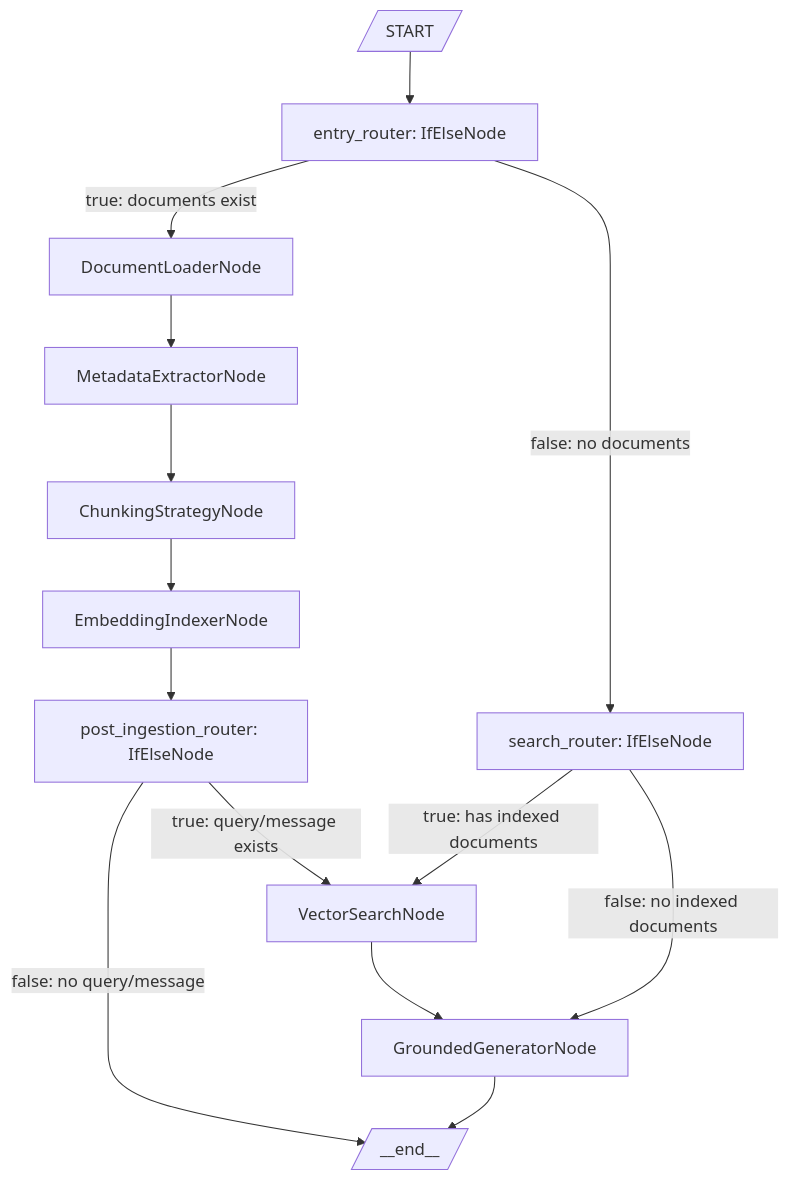
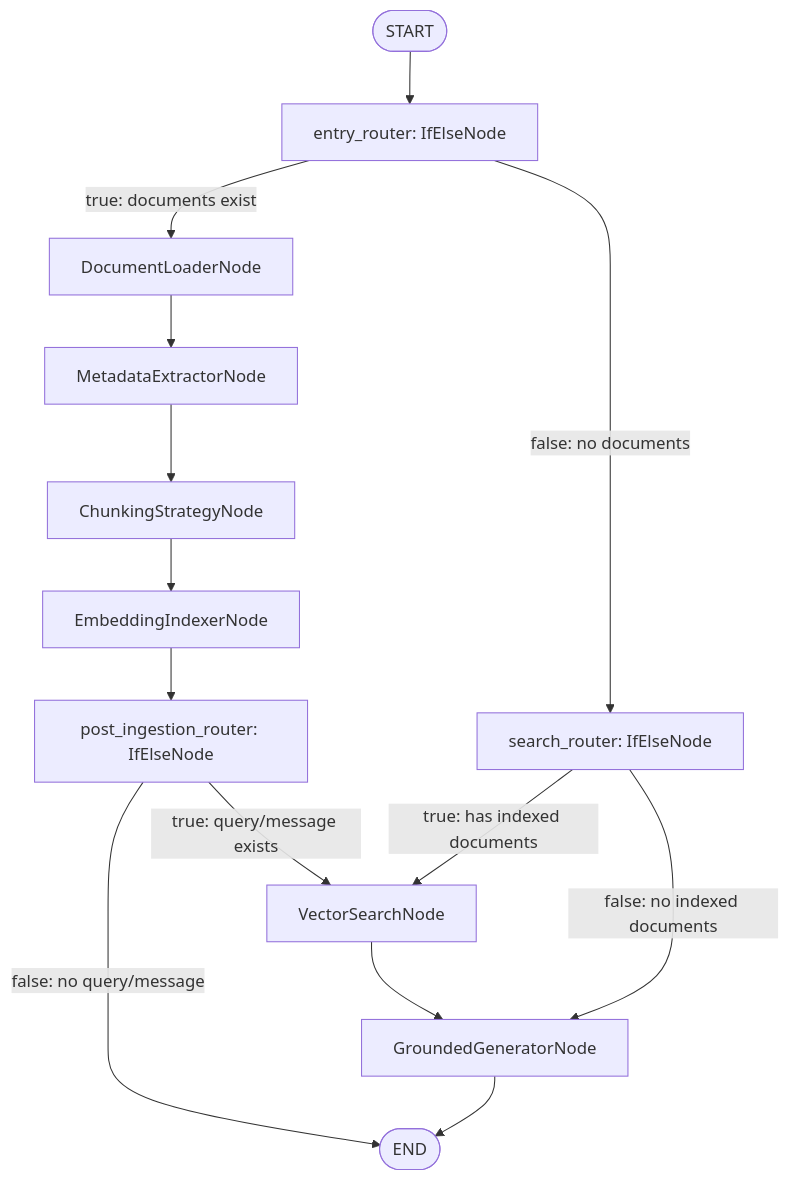
Before and after one commit to ShaojieJiang/orcheo: the first of 5 diagrams in docs/conversational_search/demo_design.md, drawn with Mermaid. The commit also changed 3 other files, not shown here.

````diff
--- a/docs/conversational_search/demo_design.md
+++ b/docs/conversational_search/demo_design.md
@@ -35,22 +35,22 @@
 ```mermaid
 graph TD
-    Start[/START/] --> EntryRouter[entry_router: IfElseNode]
+    Start([START]) --> EntryRouter[entry_router: IfElseNode]
 
     EntryRouter -->|true: documents exist| Loader[DocumentLoaderNode]
     EntryRouter -->|false: no documents| SearchRouter[search_router: IfElseNode]
 
     Loader --> Metadata[MetadataExtractorNode]
     Metadata --> Chunking[ChunkingStrategyNode]
     Chunking --> Indexer[EmbeddingIndexerNode]
 
     Indexer --> PostRouter[post_ingestion_router: IfElseNode]
     PostRouter -->|true: query/message exists| Search[VectorSearchNode]
-    PostRouter -->|false: no query/message| End[/__end__/]
+    PostRouter -->|false: no query/message| End([END])
 
     Search --> Generator[GroundedGeneratorNode]
 
     SearchRouter -->|true: has indexed documents| Search
     SearchRouter -->|false: no indexed documents| Generator
 
     Generator --> End
 ```
````
